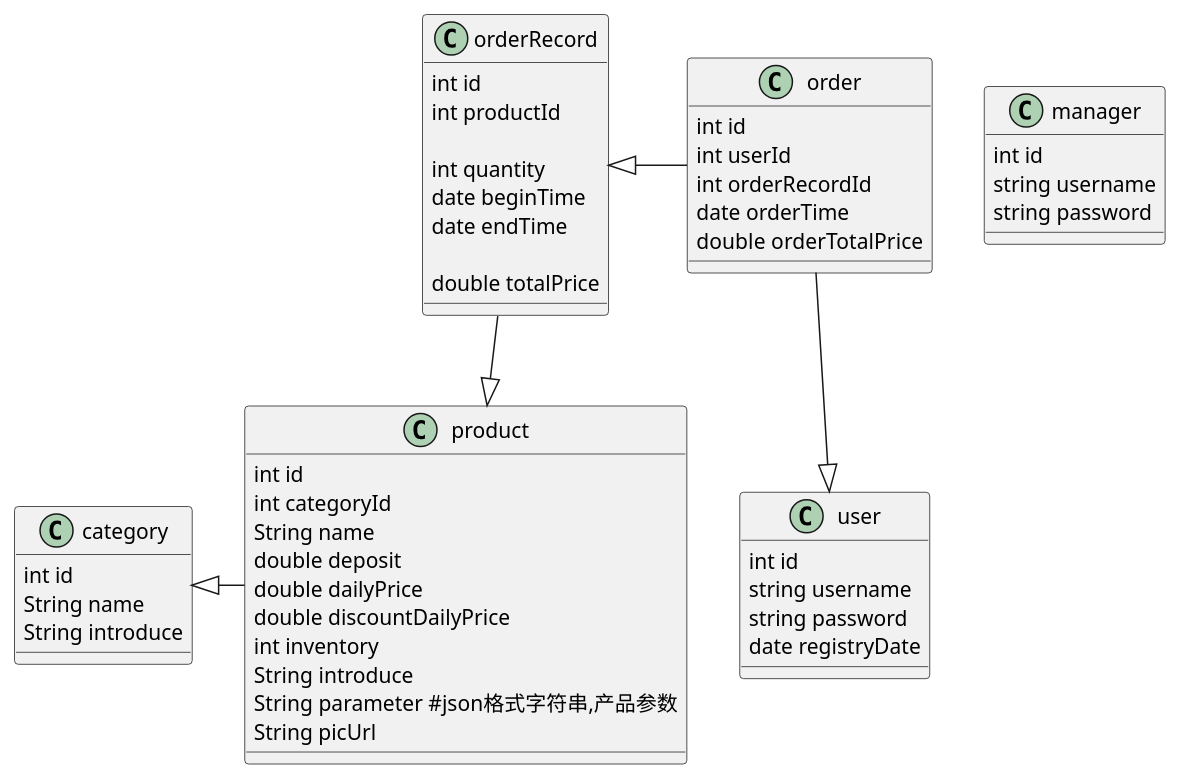
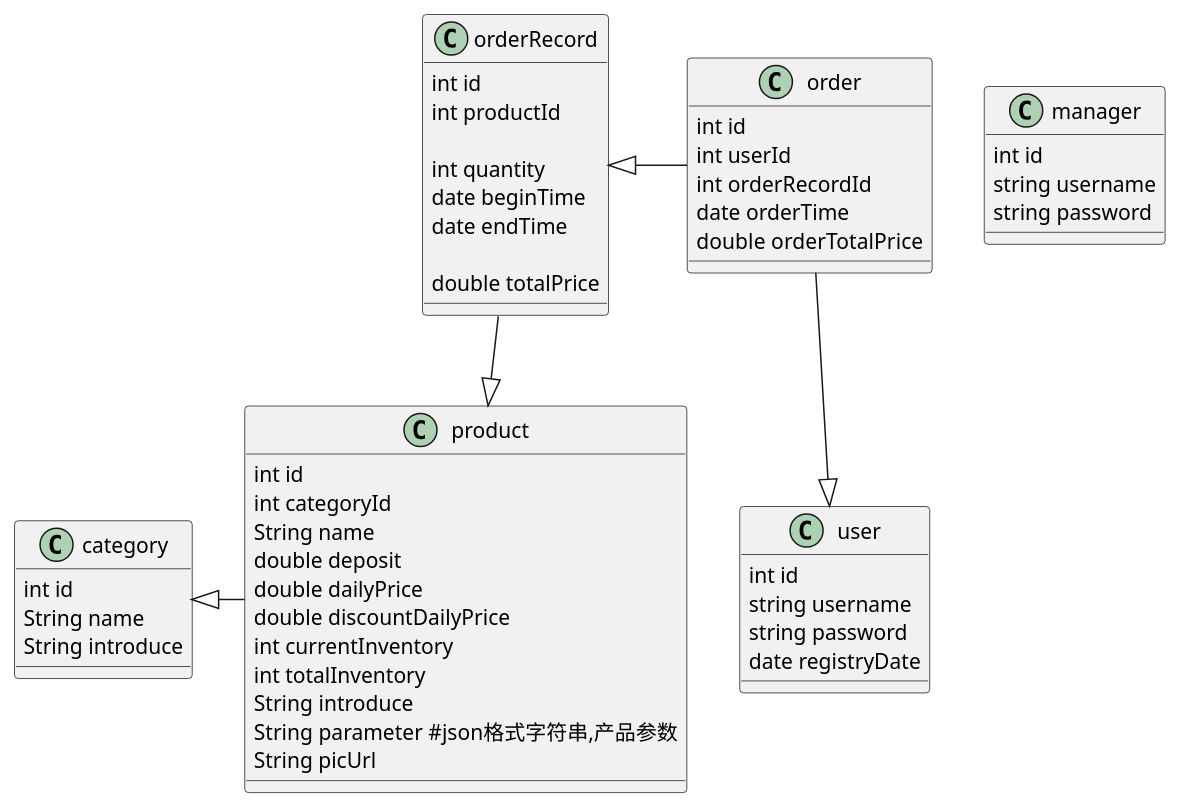
One commit to zixixiyu/- changed the diagram in uml/classDesign.puml. Above: the diagram before and after it, drawn with PlantUML. The commit also changed 9 other files, not shown here.

```diff
--- a/uml/classDesign.puml
+++ b/uml/classDesign.puml
@@ -1,62 +1,63 @@
 @startuml
 
 class user{
     int id
     string username
     string password
     date registryDate
 }
 class manager{
     int id
     string username
     string password
 }
 class category{
     int id
     String name
     String introduce
 
 }
 
 class product{
     int id
     int categoryId
     String name
     double deposit
     double dailyPrice
     double discountDailyPrice
-    int inventory
+    int currentInventory
+    int totalInventory
     String introduce
     String parameter #json格式字符串,产品参数
     String picUrl
 }
 class order{
     int id
     int userId
     int orderRecordId
     date orderTime
     double orderTotalPrice
 }
 
 class orderRecord{
     int id
     int productId
 
     int quantity
     date beginTime
     date endTime
 
     double totalPrice
 
 }
 
 
 
 
 category<|-product
 orderRecord<|-order
 orderRecord --|>product
 order --|>user
 
 
 @enduml
```
